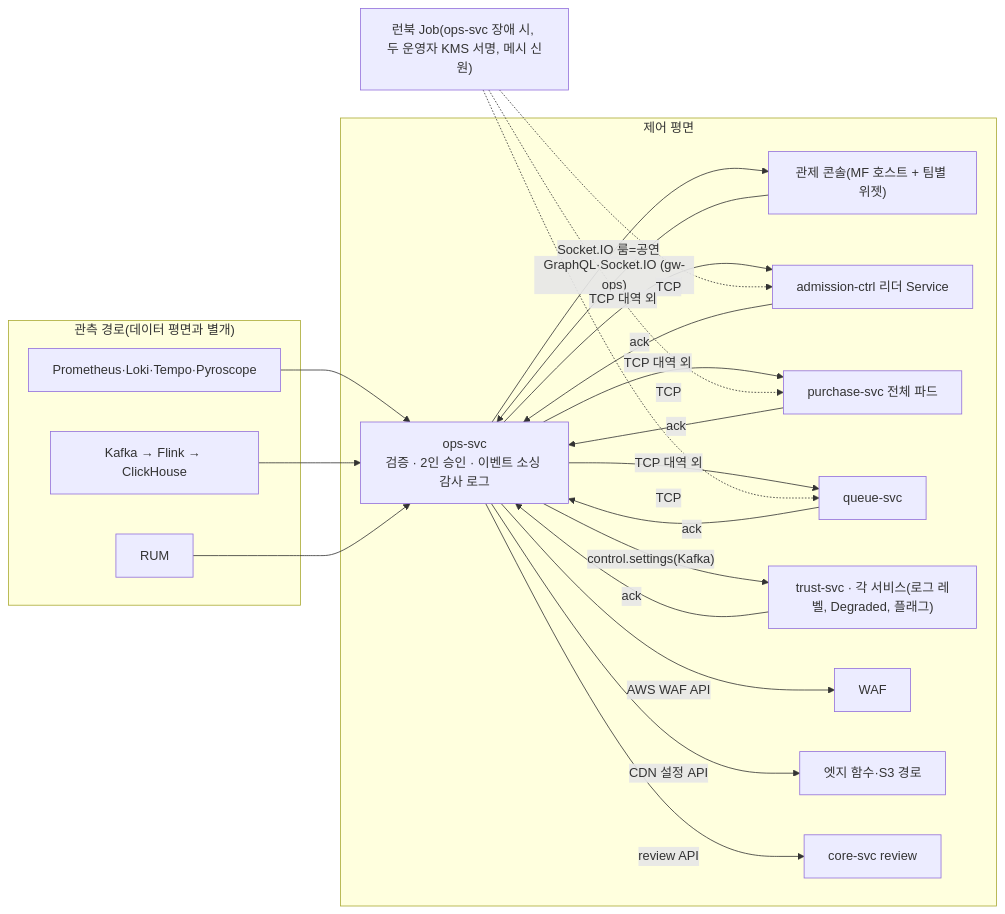
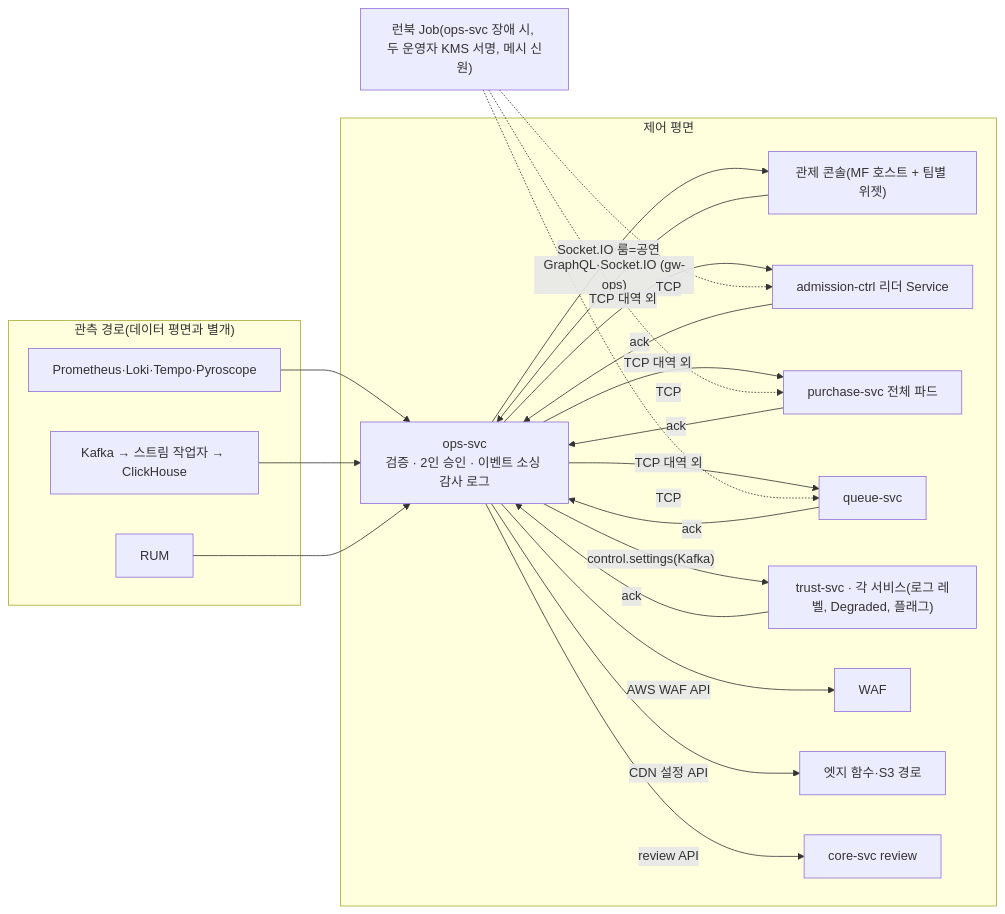
One commit to peaket/peaket changed the first of 2 diagrams in docs/features/control-tower.md. Above: the diagram before and after it, drawn with Mermaid. The commit also changed other lines of this file and 46 other files, not shown here.

````diff
--- a/docs/features/control-tower.md
+++ b/docs/features/control-tower.md
@@ -23,19 +23,19 @@
 ```mermaid
 flowchart LR
     subgraph OBSV["관측 경로(데이터 평면과 별개)"]
-        M["Prometheus·Loki·Tempo·Pyroscope"]; F["Kafka → Flink → ClickHouse"]; RUM["RUM"]
+        M["Prometheus·Loki·Tempo·Pyroscope"]; F["Kafka → 스트림 작업자 → ClickHouse"]; RUM["RUM"]
     end
     subgraph CTRL["제어 평면"]
         UI["관제 콘솔(MF 호스트 + 팀별 위젯)"] -->|"GraphQL·Socket.IO (gw-ops)"| OPS["ops-svc\n검증 · 2인 승인 · 이벤트 소싱 감사 로그"]
         OPS -->|"TCP 대역 외"| AC["admission-ctrl 리더 Service"]
         OPS -->|"TCP 대역 외"| PS["purchase-svc 전체 파드"]
         OPS -->|"TCP 대역 외"| QS["queue-svc"]
         OPS -->|"control.settings(Kafka)"| ALL["trust-svc · 각 서비스(로그 레벨, Degraded, 플래그)"]
         OPS -->|"AWS WAF API"| WAF["WAF"]
         OPS -->|"CDN 설정 API"| CDN["엣지 함수·S3 경로"]
         OPS -->|"review API"| REV["core-svc review"]
         AC & PS & QS & ALL -->|"ack"| OPS -->|"Socket.IO 룸=공연"| UI
     end
     M & F & RUM --> OPS
     CLI["런북 Job(ops-svc 장애 시, 두 운영자 KMS 서명, 메시 신원)"] -.TCP.-> AC & PS & QS
 ```
````
